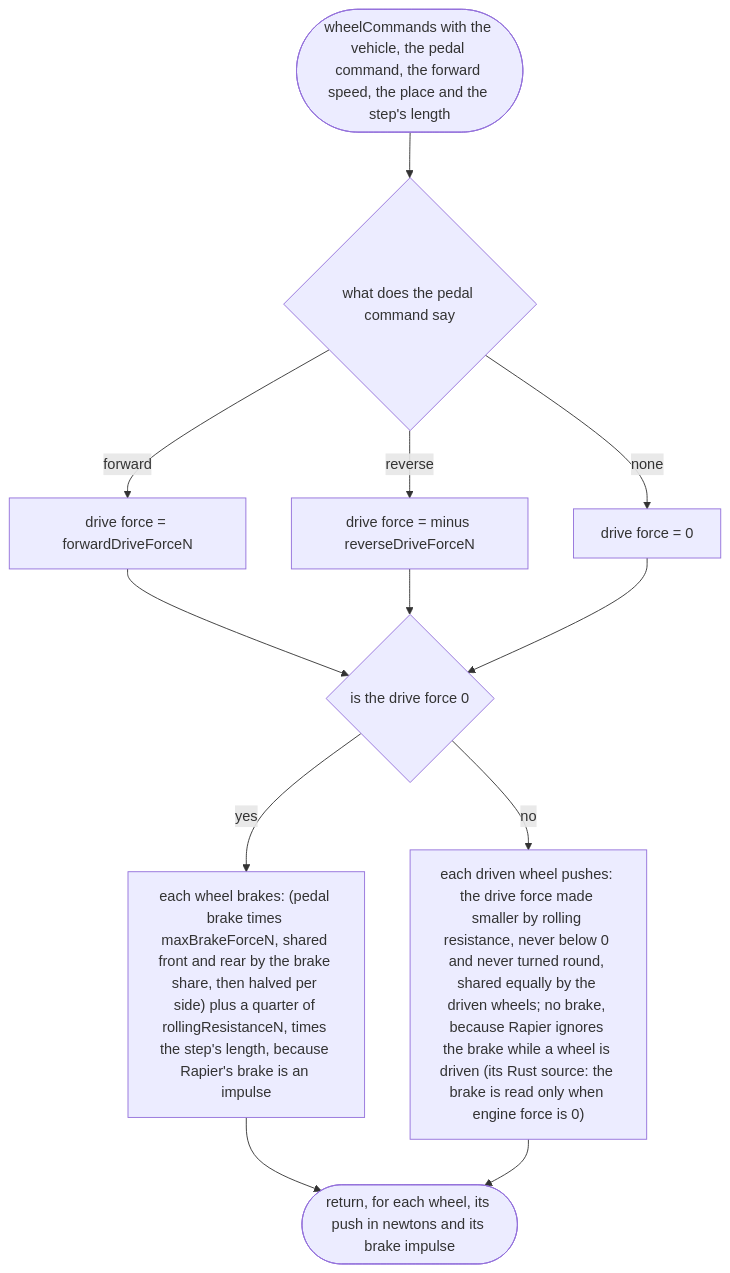
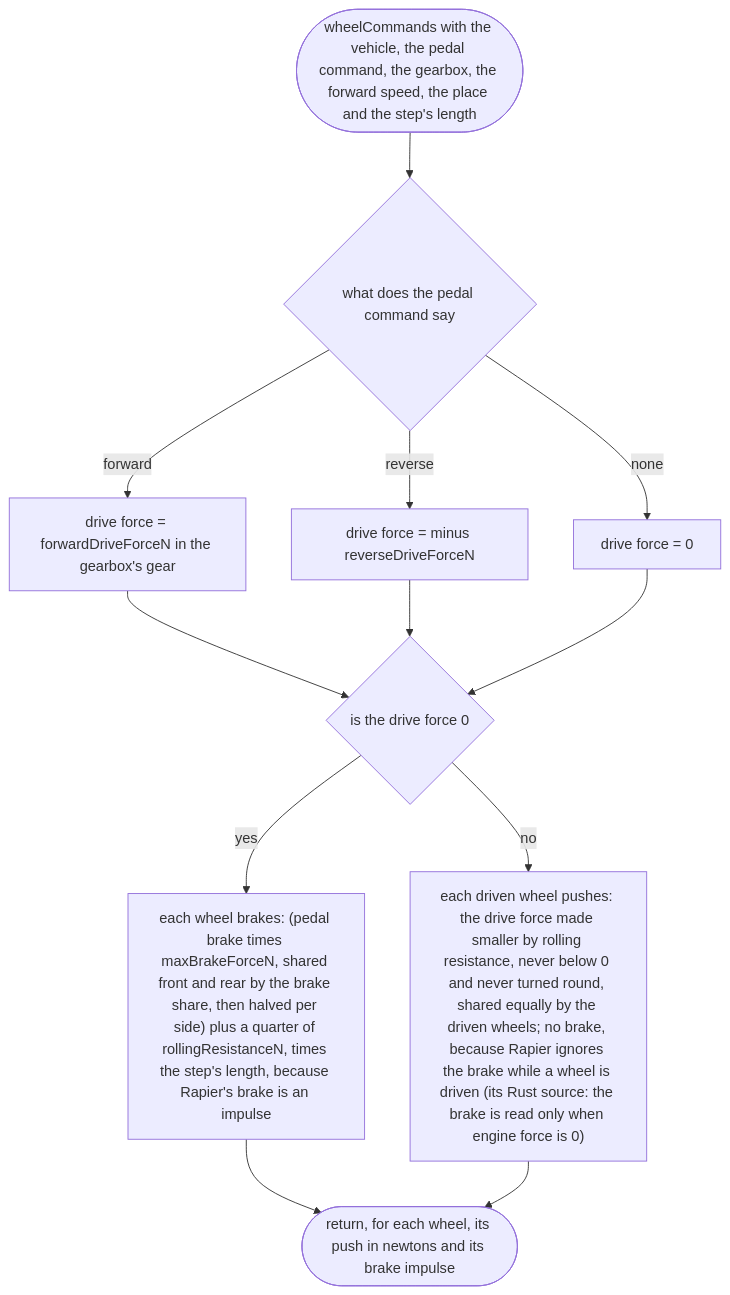
The third of 9 diagrams in docs/designs/src/vehicle/car.md (NewDara-Star/world-engine), drawn with Mermaid before and after one commit. The commit also changed other lines of this file and 41 other files, not shown here.

````diff
--- a/docs/designs/src/vehicle/car.md
+++ b/docs/designs/src/vehicle/car.md
@@ -56,18 +61,18 @@
 ```mermaid
 flowchart TD
-  s(["wheelCommands with the vehicle, the pedal command, the forward speed, the place and the step's length"])
+  s(["wheelCommands with the vehicle, the pedal command, the gearbox, the forward speed, the place and the step's length"])
   a{"what does the pedal command say"}
-  b["drive force = forwardDriveForceN"]
+  b["drive force = forwardDriveForceN in the gearbox's gear"]
   c["drive force = minus reverseDriveForceN"]
   d["drive force = 0"]
   e{"is the drive force 0"}
   f["each wheel brakes: (pedal brake times maxBrakeForceN, shared front and rear by the brake share, then halved per side) plus a quarter of rollingResistanceN, times the step's length, because Rapier's brake is an impulse"]
   g["each driven wheel pushes: the drive force made smaller by rolling resistance, never below 0 and never turned round, shared equally by the driven wheels; no brake, because Rapier ignores the brake while a wheel is driven (its Rust source: the brake is read only when engine force is 0)"]
   h(["return, for each wheel, its push in newtons and its brake impulse"])
   s --> a
   a -->|"forward"| b --> e
   a -->|"reverse"| c --> e
   a -->|"none"| d --> e
   e -->|"yes"| f --> h
   e -->|"no"| g --> h
 ```
````
